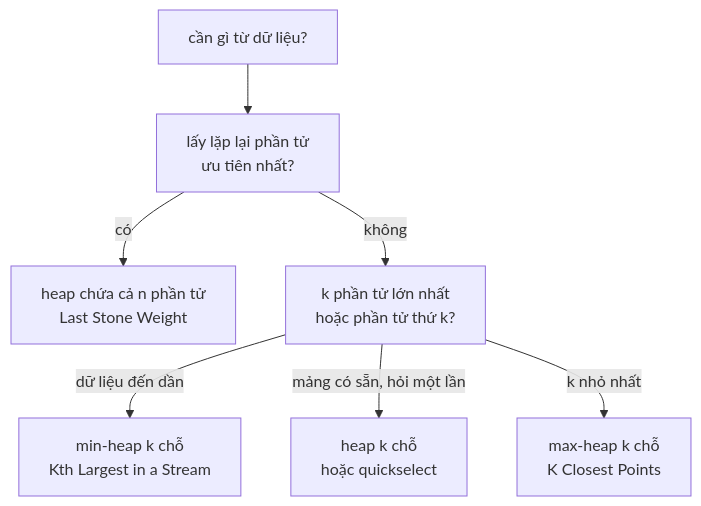
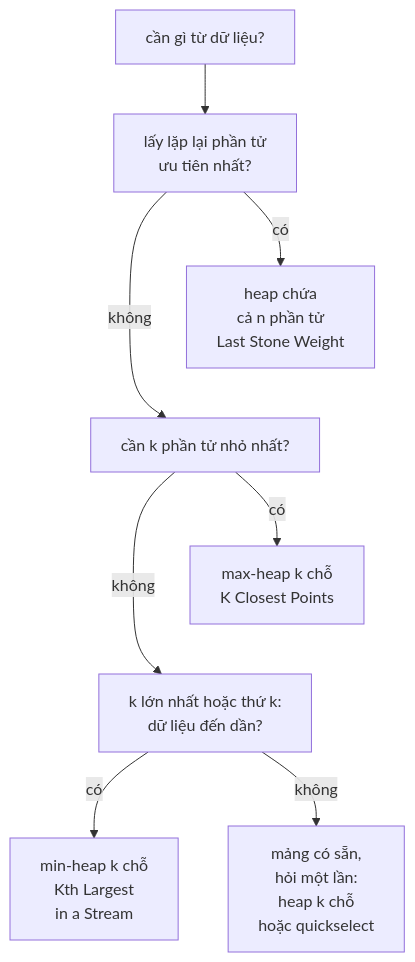
Before and after one commit to duongbui234/software-engineering-atlas: the diagram in content/posts/2026-11-23-neetcode-heap-top-k.md, drawn with Mermaid. The commit also changed 134 other files, not shown here.

First line of the commit message:
Fit every Mermaid diagram at 390px without sideways scroll (#56)

````diff
--- a/content/posts/2026-11-23-neetcode-heap-top-k.md
+++ b/content/posts/2026-11-23-neetcode-heap-top-k.md
@@ -50,9 +50,12 @@
 ```mermaid
 flowchart TB
   A["cần gì từ dữ liệu?"] --> B["lấy lặp lại phần tử<br/>ưu tiên nhất?"]
-  B -->|"có"| C["heap chứa cả n phần tử<br/>Last Stone Weight"]
-  B -->|"không"| D["k phần tử lớn nhất<br/>hoặc phần tử thứ k?"]
-  D -->|"dữ liệu đến dần"| E["min-heap k chỗ<br/>Kth Largest in a Stream"]
-  D -->|"mảng có sẵn, hỏi một lần"| F["heap k chỗ<br/>hoặc quickselect"]
-  D -->|"k nhỏ nhất"| G["max-heap k chỗ<br/>K Closest Points"]
+  B -->|"có"| C["heap chứa<br/>cả n phần tử<br/>Last Stone Weight"]
+  B -->|"không"| D["cần k phần tử nhỏ nhất?"]
+  D -->|"có"| G["max-heap k chỗ<br/>K Closest Points"]
+  D -->|"không"| D2["k lớn nhất hoặc thứ k:<br/>dữ liệu đến dần?"]
+  D2 -->|"có"| E["min-heap k chỗ<br/>Kth Largest<br/>in a Stream"]
+  D2 -->|"không"| F["mảng có sẵn,<br/>hỏi một lần:<br/>heap k chỗ<br/>hoặc quickselect"]
+  C ~~~ D
+  G ~~~ D2
 ```
````
